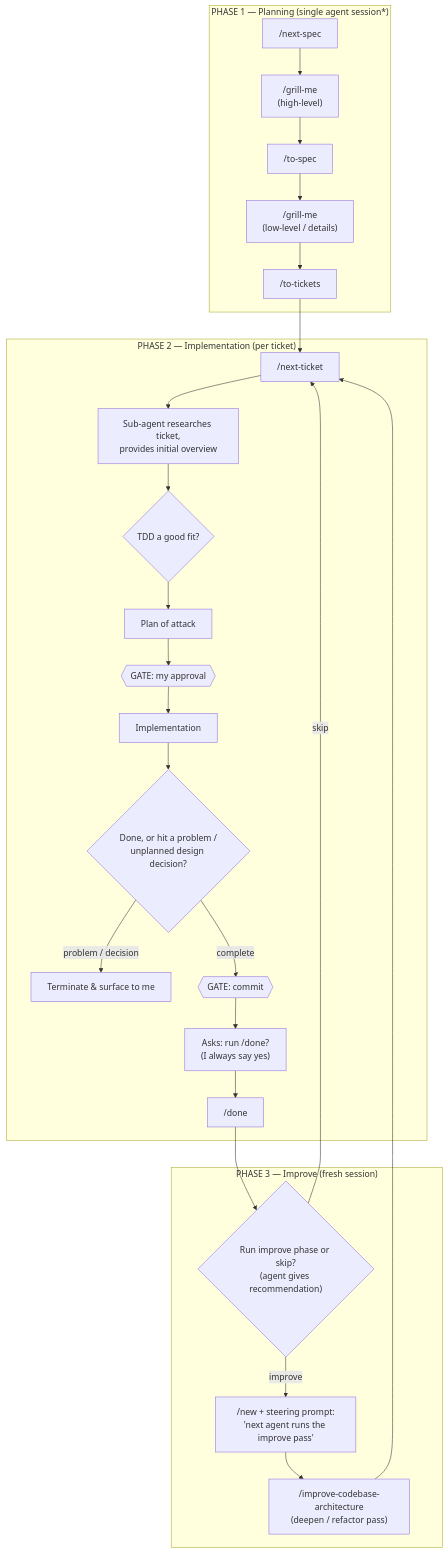
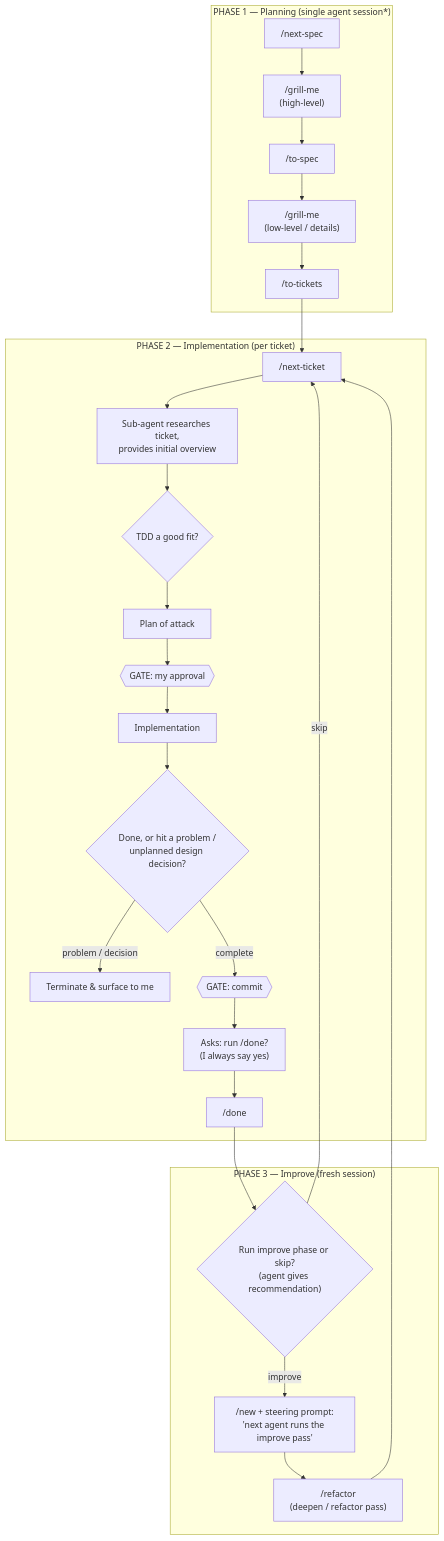
One commit to Danglebary/plugins changed the diagram in docs/development-workflow.md. Above: the diagram before and after it, drawn with Mermaid. The commit also changed other lines of this file and 141 other files, not shown here.

First line of the commit message:
Rename plugin agentic-flow → pirr across committed surface

````diff
--- a/docs/development-workflow.md
+++ b/docs/development-workflow.md
@@ -9,34 +9,34 @@
 ```mermaid
 flowchart TD
     subgraph P["PHASE 1 — Planning (single agent session*)"]
         A["/next-spec"] --> B["/grill-me<br/>(high-level)"]
         B --> C["/to-spec"]
         C --> D["/grill-me<br/>(low-level / details)"]
         D --> E["/to-tickets"]
     end
 
     E --> F["/next-ticket"]
 
     subgraph I["PHASE 2 — Implementation (per ticket)"]
         F --> G["Sub-agent researches ticket,<br/>provides initial overview"]
         G --> H{"TDD a good fit?"}
         H --> J["Plan of attack"]
         J --> K{{"GATE: my approval"}}
         K --> L["Implementation"]
         L --> M{"Done, or hit a problem /<br/>unplanned design decision?"}
         M -- "problem / decision" --> N["Terminate & surface to me"]
         M -- "complete" --> O{{"GATE: commit"}}
         O --> Q["Asks: run /done?<br/>(I always say yes)"]
         Q --> R["/done"]
     end
 
     R --> S{"Run improve phase or skip?<br/>(agent gives recommendation)"}
     S -- "skip" --> F
 
     subgraph X["PHASE 3 — Improve (fresh session)"]
         S -- "improve" --> T["/new + steering prompt:<br/>'next agent runs the improve pass'"]
-        T --> U["/improve-codebase-architecture<br/>(deepen / refactor pass)"]
+        T --> U["/refactor<br/>(deepen / refactor pass)"]
     end
 
     U --> F
 ```
````
